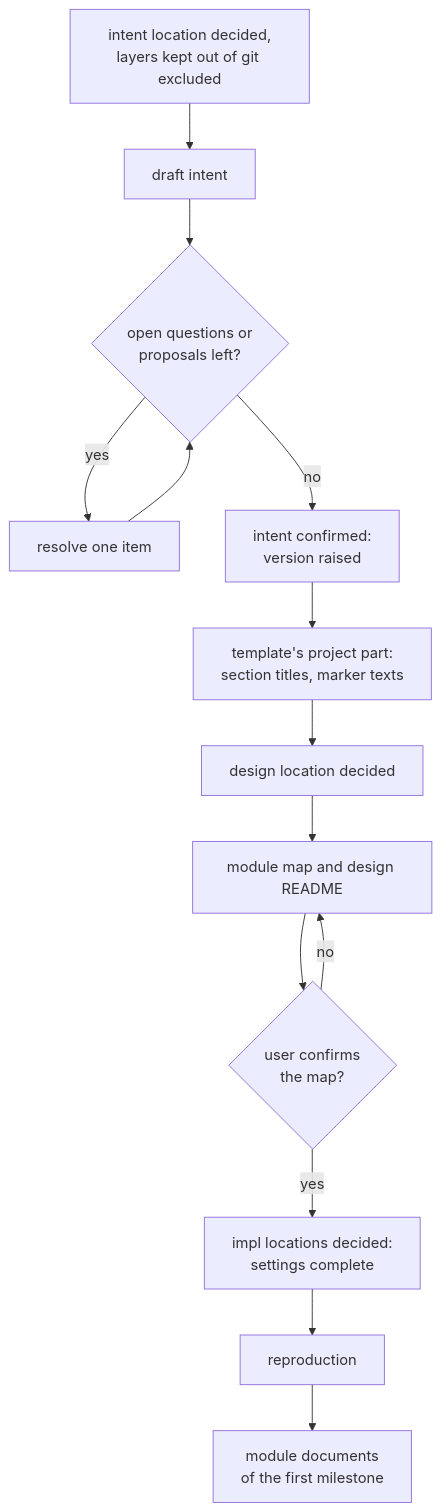
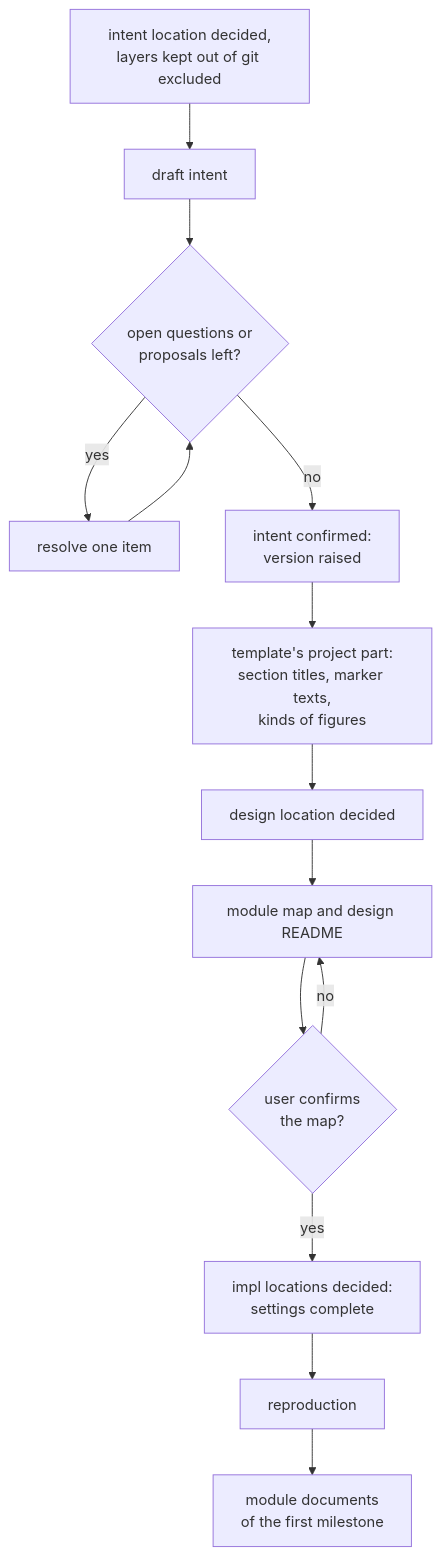
One commit to jheun66/plumbline changed the second of 2 diagrams in docs/design/authoring.md. Above: the diagram before and after it, drawn with Mermaid. The commit also changed other lines of this file and 9 other files, not shown here.

````diff
--- a/docs/design/authoring.md
+++ b/docs/design/authoring.md
@@ -90,15 +90,15 @@
 ```mermaid
 flowchart TD
   A["intent location decided,<br/>layers kept out of git excluded"] --> B["draft intent"]
   B --> C{"open questions or<br/>proposals left?"}
   C -->|"yes"| D["resolve one item"] --> C
   C -->|"no"| E["intent confirmed:<br/>version raised"]
-  E --> F["template's project part:<br/>section titles, marker texts"]
+  E --> F["template's project part:<br/>section titles, marker texts,<br/>kinds of figures"]
   F --> G["design location decided"]
   G --> H["module map and design README"]
   H --> I{"user confirms<br/>the map?"}
   I -->|"no"| H
   I -->|"yes"| J["impl locations decided:<br/>settings complete"]
   J --> K["reproduction"]
   K --> L["module documents<br/>of the first milestone"]
 ```
````
